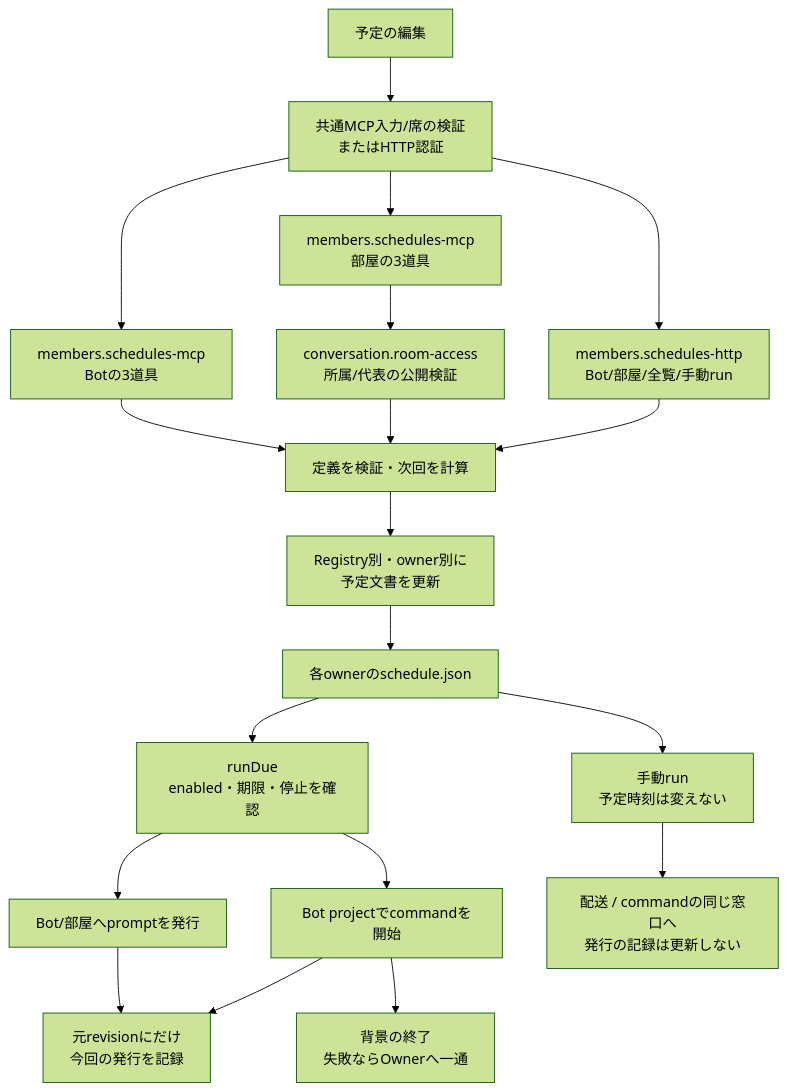
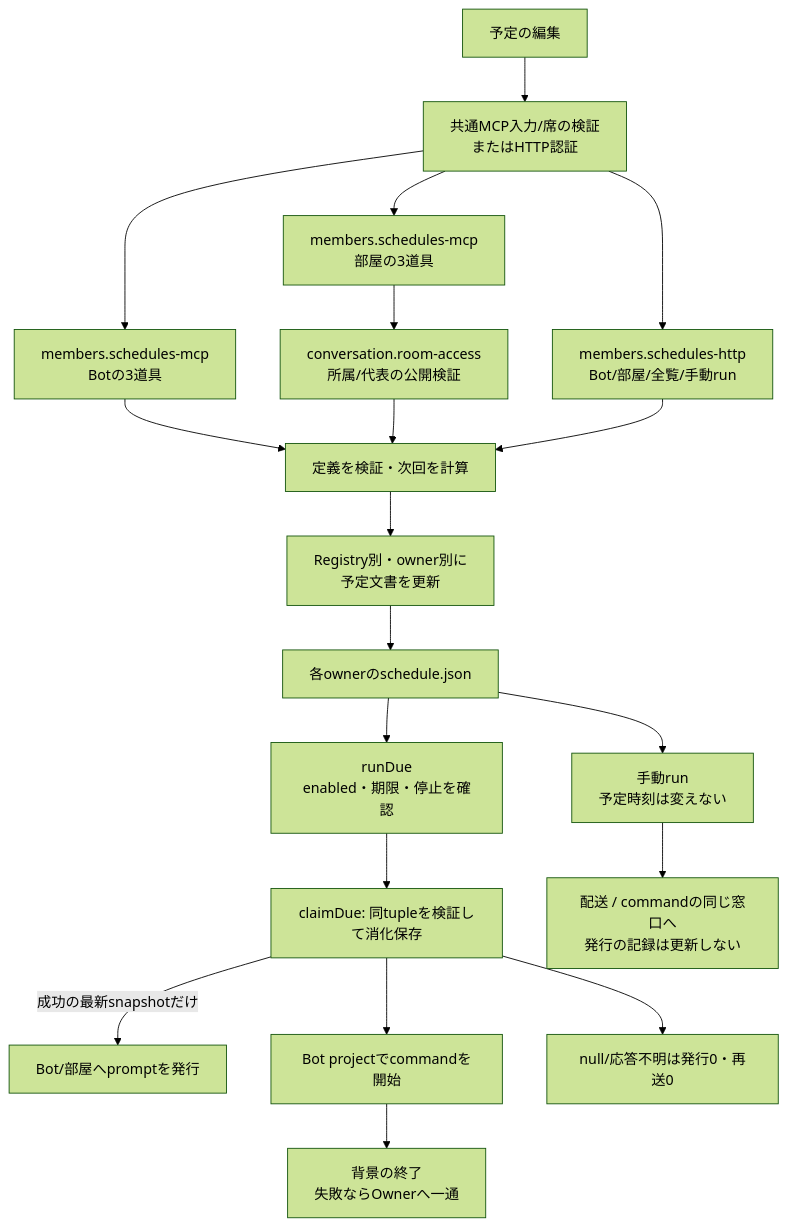
Before and after one commit to kitepon/BellTeam: the first of 2 diagrams in docs/architecture/modules/members/schedules.md, drawn with Mermaid (forest theme). The commit also changed other lines of this file and 6 other files, not shown here.

````diff
--- a/docs/architecture/modules/members/schedules.md
+++ b/docs/architecture/modules/members/schedules.md
@@ -7,21 +7,21 @@
 ```mermaid
 flowchart TD
   Input["予定の編集"] --> Entry["共通MCP入力/席の検証<br/>またはHTTP認証"]
   Entry --> BotMcp["members.schedules-mcp<br/>Botの3道具"]
   Entry --> RoomMcp["members.schedules-mcp<br/>部屋の3道具"]
   RoomMcp --> Access["conversation.room-access<br/>所属/代表の公開検証"]
   Entry --> Http["members.schedules-http<br/>Bot/部屋/全覧/手動run"]
   BotMcp --> Normalize["定義を検証・次回を計算"]
   Access --> Normalize
   Http --> Normalize
   Normalize --> Mutate["Registry別・owner別に<br/>予定文書を更新"]
   Mutate --> File["各ownerのschedule.json"]
   File --> Due["runDue<br/>enabled・期限・停止を確認"]
-  Due --> Prompt["Bot/部屋へpromptを発行"]
-  Due --> Command["Bot projectでcommandを開始"]
-  Prompt --> Mark["元revisionにだけ<br/>今回の発行を記録"]
-  Command --> Mark
+  Due --> Claim["claimDue: 同tupleを検証して消化保存"]
+  Claim -->|"成功の最新snapshotだけ"| Prompt["Bot/部屋へpromptを発行"]
+  Claim --> Command["Bot projectでcommandを開始"]
+  Claim --> NoGrant["null/応答不明は発行0・再送0"]
   Command --> Finish["背景の終了<br/>失敗ならOwnerへ一通"]
   File --> Manual["手動run<br/>予定時刻は変えない"]
   Manual --> ManualRun["配送 / commandの同じ窓口へ<br/>発行の記録は更新しない"]
 ```
````
